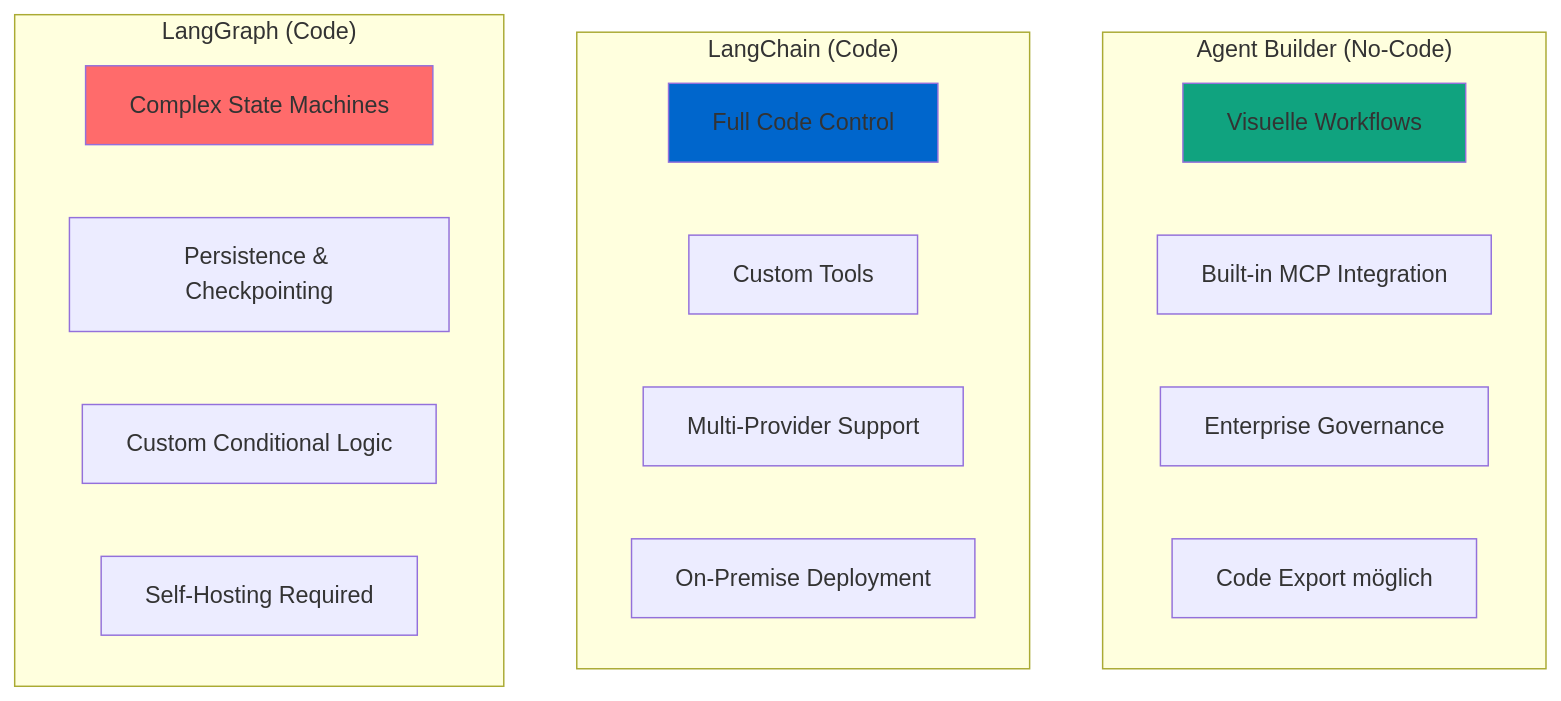
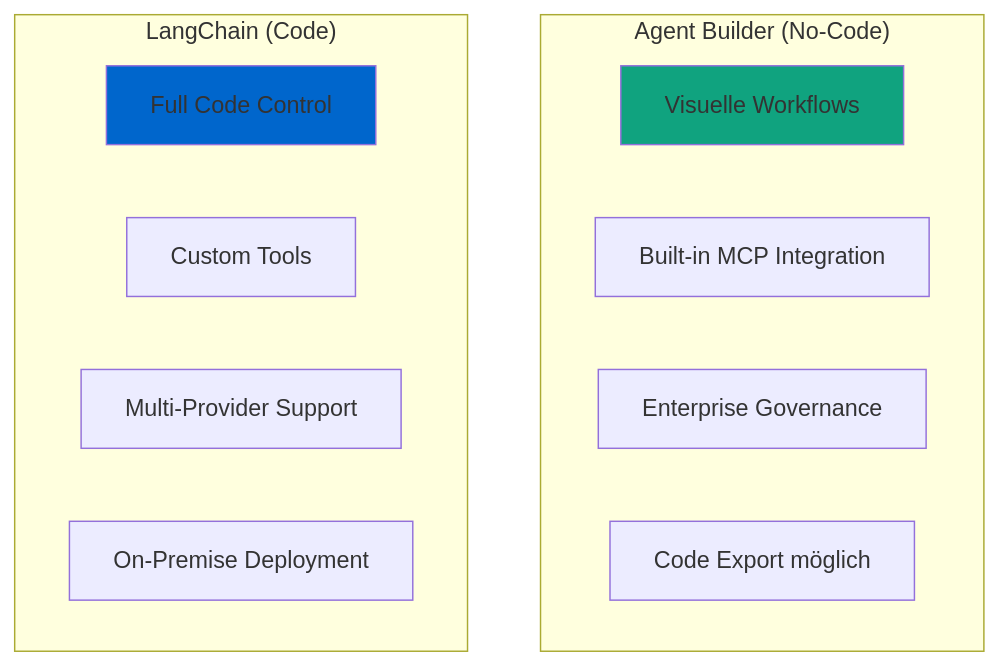
One commit to ralf-42/GenAI changed diagram 11 of 23 in docs/frameworks/Einsteiger_Agent_Builder.md. Above: the diagram before and after it, drawn with Mermaid. The commit also changed other lines of this file and 26 other files, not shown here.

````diff
--- a/docs/frameworks/Einsteiger_Agent_Builder.md
+++ b/docs/frameworks/Einsteiger_Agent_Builder.md
@@ -451,27 +451,19 @@
 ```mermaid
 graph TB
     subgraph "Agent Builder (No-Code)"
         AB1[Visuelle Workflows]
         AB2[Built-in MCP Integration]
         AB3[Enterprise Governance]
         AB4[Code Export möglich]
     end
 
     subgraph "LangChain (Code)"
         LC1[Full Code Control]
         LC2[Custom Tools]
         LC3[Multi-Provider Support]
         LC4[On-Premise Deployment]
     end
 
-    subgraph "LangGraph (Code)"
-        LG1[Complex State Machines]
-        LG2[Persistence & Checkpointing]
-        LG3[Custom Conditional Logic]
-        LG4[Self-Hosting Required]
-    end
-
     style AB1 fill:#10a37f
     style LC1 fill:#0066cc
-    style LG1 fill:#ff6b6b
 ```
````
